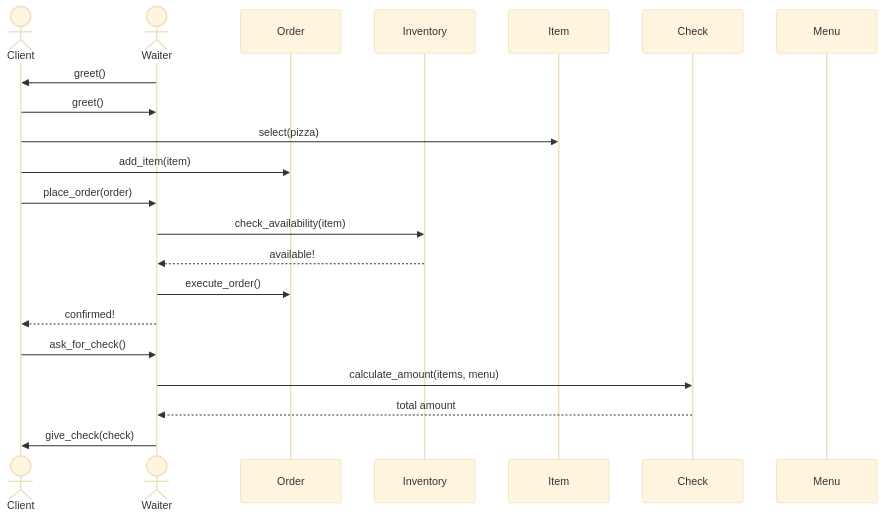
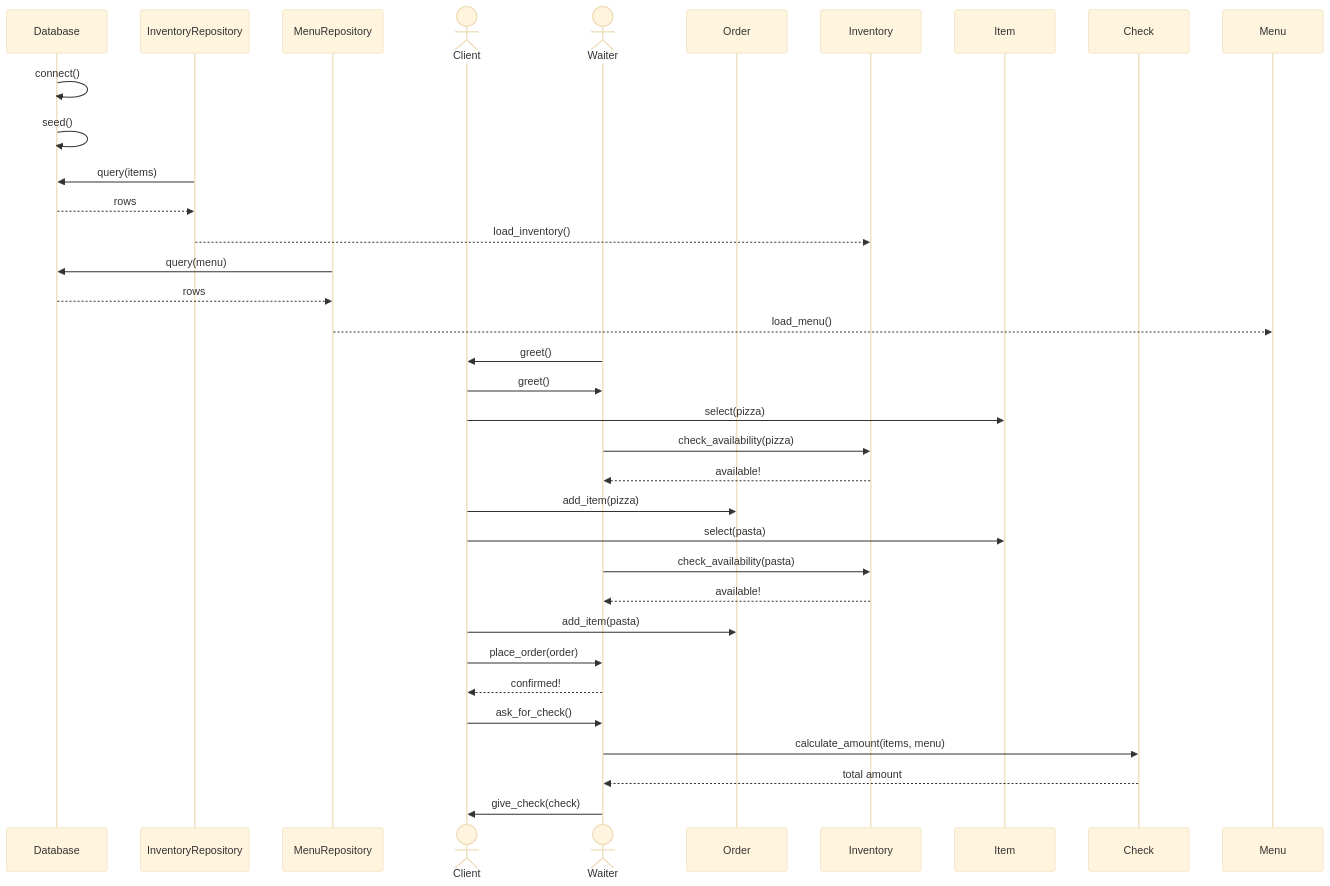
One commit to pawelofficial/dbagent changed the diagram in docs/diagrams/sequence.mmd. Above: the diagram before and after it, drawn with Mermaid (base theme). The commit also changed 4 other files, not shown here.

```diff
--- a/docs/diagrams/sequence.mmd
+++ b/docs/diagrams/sequence.mmd
@@ -1,22 +1,41 @@
 sequenceDiagram
+    participant Database
+    participant InventoryRepository
+    participant MenuRepository
     actor Client
     actor Waiter
     participant Order
     participant Inventory
     participant Item
     participant Check
     participant Menu
 
+    Database->>Database: connect()
+    Database->>Database: seed()
+    InventoryRepository->>Database: query(items)
+    Database-->>InventoryRepository: rows
+    InventoryRepository-->>Inventory: load_inventory()
+    MenuRepository->>Database: query(menu)
+    Database-->>MenuRepository: rows
+    MenuRepository-->>Menu: load_menu()
+
     Waiter->>Client: greet()
     Client->>Waiter: greet()
+
     Client->>Item: select(pizza)
-    Client->>Order: add_item(item)
+    Waiter->>Inventory: check_availability(pizza)
+    Inventory-->>Waiter: available!
+    Client->>Order: add_item(pizza)
+
+    Client->>Item: select(pasta)
+    Waiter->>Inventory: check_availability(pasta)
+    Inventory-->>Waiter: available!
+    Client->>Order: add_item(pasta)
+
     Client->>Waiter: place_order(order)
-    Waiter->>Inventory: check_availability(item)
-    Inventory-->>Waiter: available!
-    Waiter->>Order: execute_order()
     Waiter-->>Client: confirmed!
+
     Client->>Waiter: ask_for_check()
     Waiter->>Check: calculate_amount(items, menu)
     Check-->>Waiter: total amount
     Waiter->>Client: give_check(check)
```
